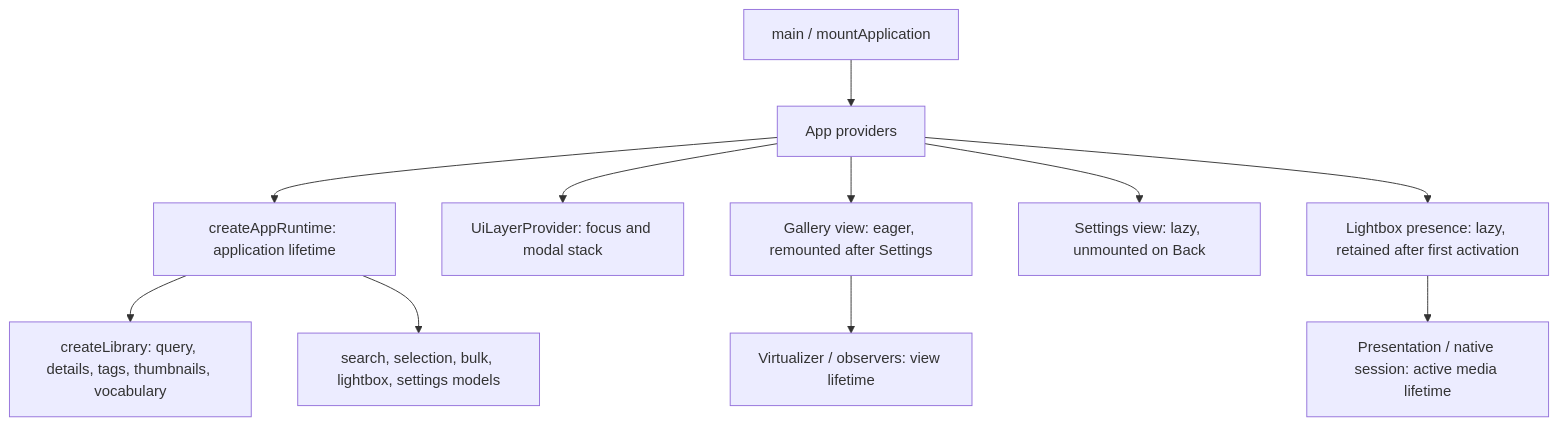
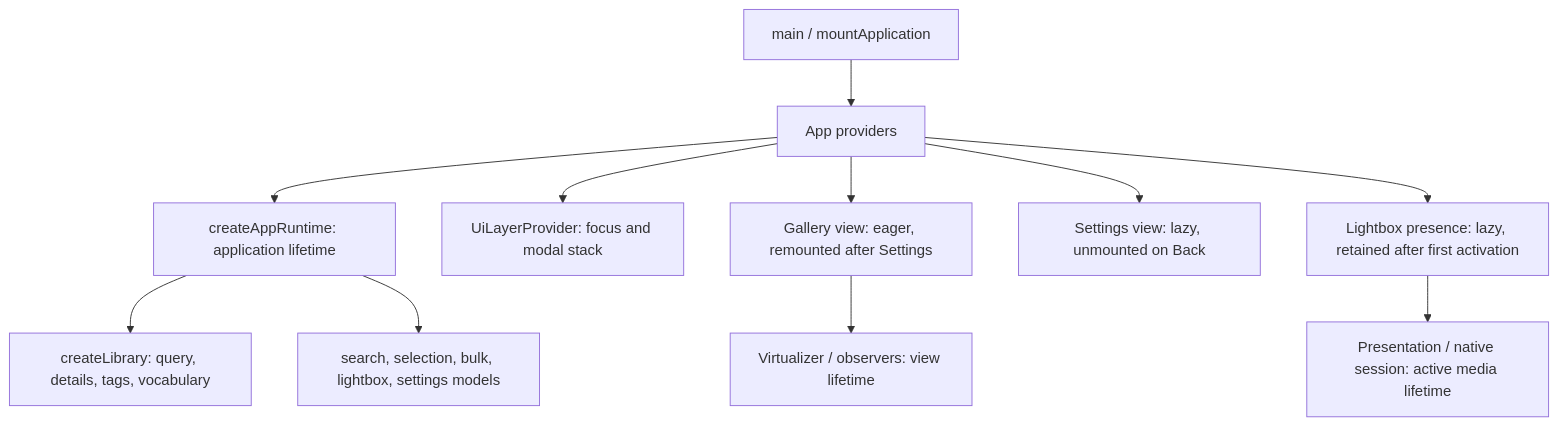
One commit to DawidRoguziak/tagrove changed the second of 2 diagrams in docs/architecture/system-overview.md. Above: the diagram before and after it, drawn with Mermaid. The commit also changed other lines of this file and 15 other files, not shown here.

````diff
--- a/docs/architecture/system-overview.md
+++ b/docs/architecture/system-overview.md
@@ -58,13 +58,13 @@
 ```mermaid
 flowchart TD
     Boot["main / mountApplication"] --> App["App providers"]
     App --> Runtime["createAppRuntime: application lifetime"]
     App --> Layers["UiLayerProvider: focus and modal stack"]
-    Runtime --> Library["createLibrary: query, details, tags, thumbnails, vocabulary"]
+    Runtime --> Library["createLibrary: query, details, tags, vocabulary"]
     Runtime --> Models["search, selection, bulk, lightbox, settings models"]
     App --> Gallery["Gallery view: eager, remounted after Settings"]
     App --> Settings["Settings view: lazy, unmounted on Back"]
     App --> Lightbox["Lightbox presence: lazy, retained after first activation"]
     Gallery --> Grid["Virtualizer / observers: view lifetime"]
     Lightbox --> Media["Presentation / native session: active media lifetime"]
 ```
````
